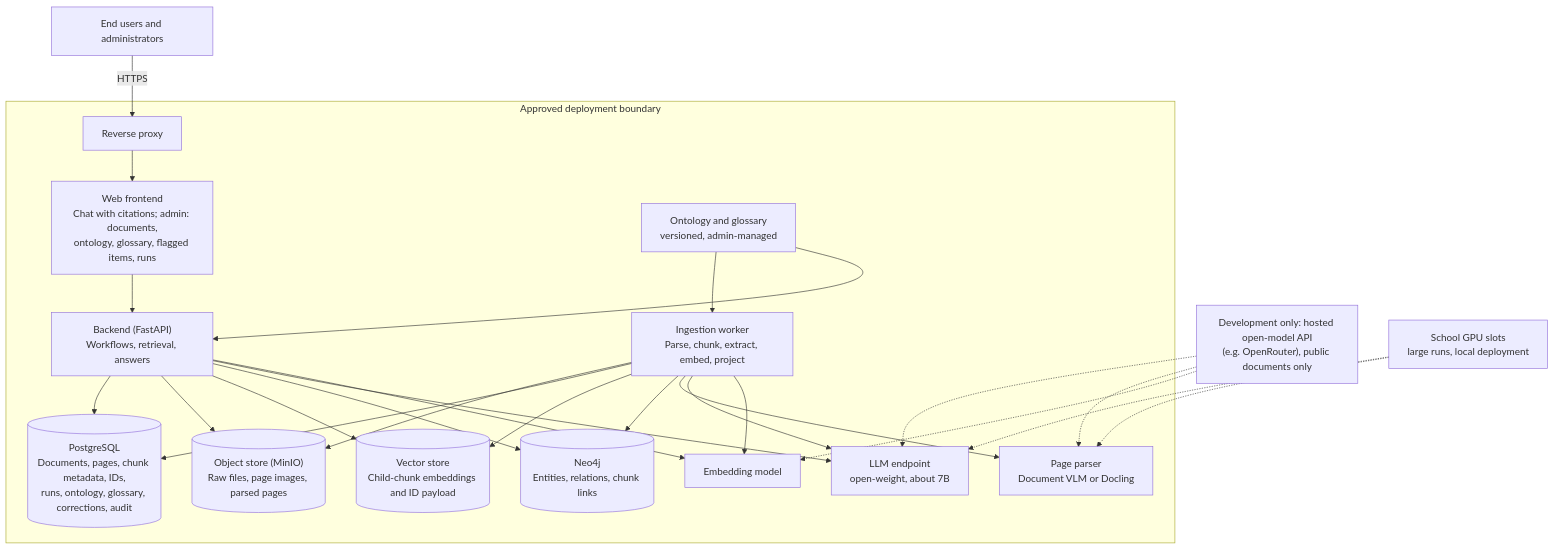
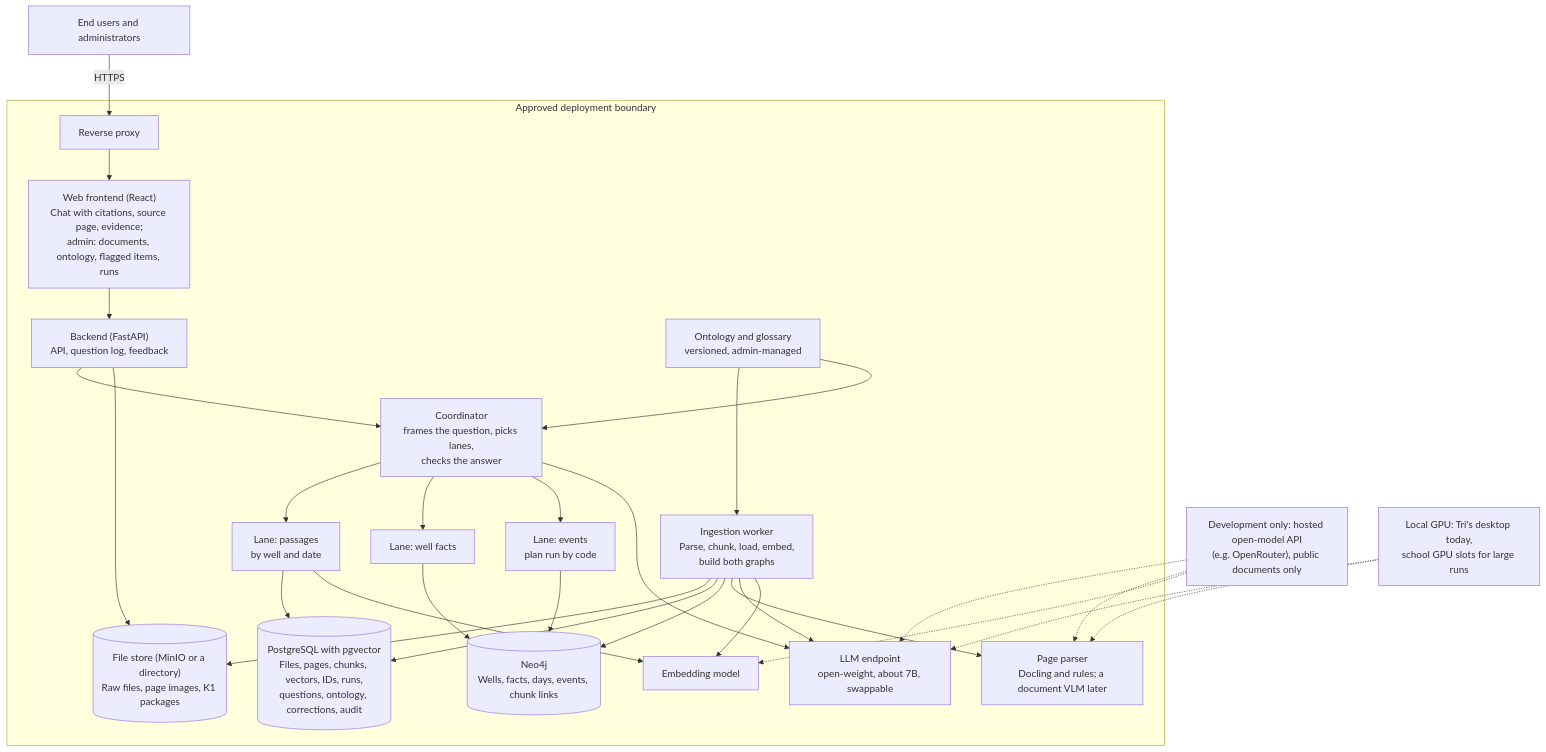
One commit to thaitri2005/Secure-O-G-LLM-and-Knowledge-Graph changed the third of 10 diagrams in docs/PROJECT_DESIGN.md. Above: the diagram before and after it, drawn with Mermaid. The commit also changed other lines of this file and 17 other files, not shown here.

First line of the commit message:
Second build designed: coordinator and lanes, graph model, reasoning lane, application (D-64 to D-67)

````diff
--- a/docs/PROJECT_DESIGN.md
+++ b/docs/PROJECT_DESIGN.md
@@ -355,20 +364,25 @@
 ```mermaid
 flowchart TB
     U["End users and administrators"] -->|HTTPS| G["Reverse proxy"]
     subgraph Z["Approved deployment boundary"]
-        G --> UI["Web frontend<br/>Chat with citations; admin: documents,<br/>ontology, glossary, flagged items, runs"]
-        UI --> API["Backend (FastAPI)<br/>Workflows, retrieval, answers"]
-        API --> PG[("PostgreSQL<br/>Documents, pages, chunk metadata, IDs,<br/>runs, ontology, glossary, corrections, audit")]
-        API --> OBJ[("Object store (MinIO)<br/>Raw files, page images, parsed pages")]
-        API --> VEC[("Vector store<br/>Child-chunk embeddings and ID payload")]
-        API --> NG[("Neo4j<br/>Entities, relations, chunk links")]
-        W["Ingestion worker<br/>Parse, chunk, extract, embed, project"] --> OBJ & PG & VEC & NG
-        W --> VLM["Page parser<br/>Document VLM or Docling"]
-        W --> LM["LLM endpoint<br/>open-weight, about 7B"]
+        G --> UI["Web frontend (React)<br/>Chat with citations, source page, evidence;<br/>admin: documents, ontology, flagged items, runs"]
+        UI --> API["Backend (FastAPI)<br/>API, question log, feedback"]
+        API --> CO["Coordinator<br/>frames the question, picks lanes,<br/>checks the answer"]
+        CO --> L1["Lane: passages<br/>by well and date"]
+        CO --> L2["Lane: well facts"]
+        CO --> L3["Lane: events<br/>plan run by code"]
+        L1 --> PG[("PostgreSQL with pgvector<br/>Files, pages, chunks, vectors, IDs, runs,<br/>questions, ontology, corrections, audit")]
+        L2 --> NG[("Neo4j<br/>Wells, facts, days, events, chunk links")]
+        L3 --> NG
+        API --> OBJ[("File store (MinIO or a directory)<br/>Raw files, page images, K1 packages")]
+        W["Ingestion worker<br/>Parse, chunk, load, embed,<br/>build both graphs"] --> OBJ & PG & NG
+        W --> VLM["Page parser<br/>Docling and rules; a document VLM later"]
+        W --> LM["LLM endpoint<br/>open-weight, about 7B, swappable"]
         W --> EMB["Embedding model"]
-        API --> LM & EMB
-        ONT["Ontology and glossary<br/>versioned, admin-managed"] --> W & API
+        CO --> LM
+        L1 --> EMB
+        ONT["Ontology and glossary<br/>versioned, admin-managed"] --> W & CO
     end
     DEV["Development only: hosted open-model API<br/>(e.g. OpenRouter), public documents only"] -.-> LM & VLM & EMB
-    GPU["School GPU slots<br/>large runs, local deployment"] -.-> LM & VLM
+    GPU["Local GPU: Tri's desktop today,<br/>school GPU slots for large runs"] -.-> LM & VLM
 ```
````
